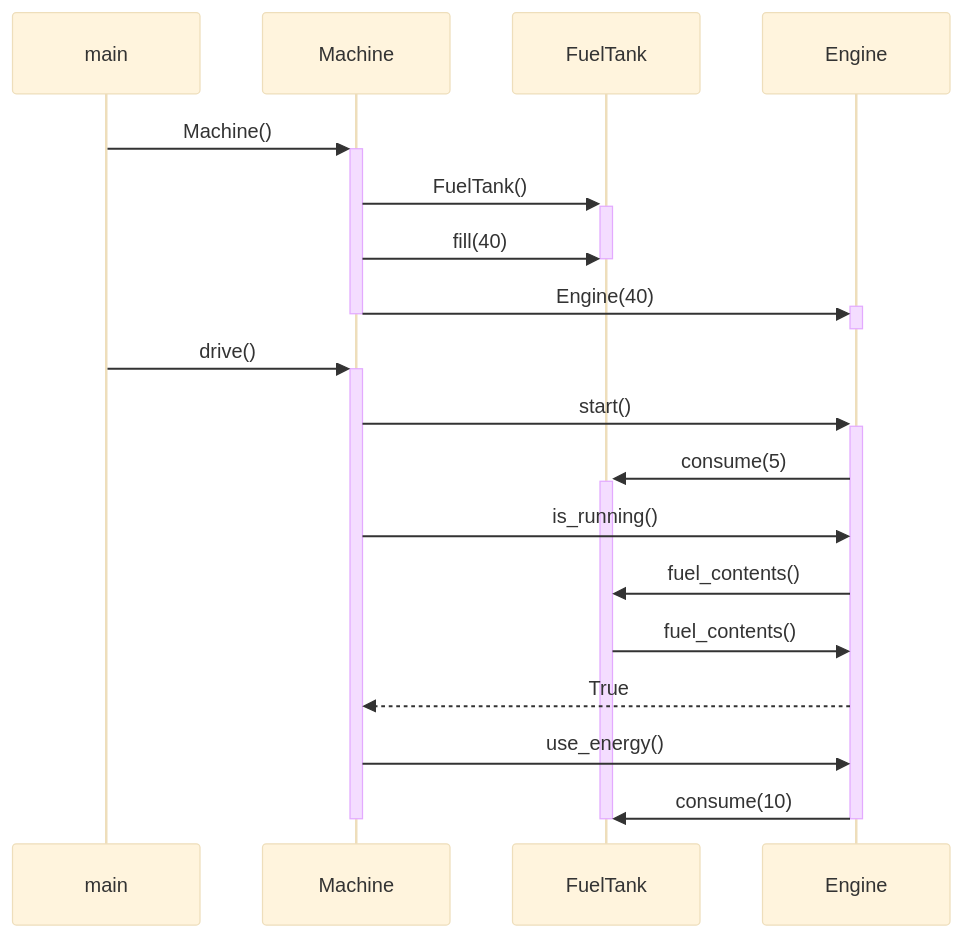
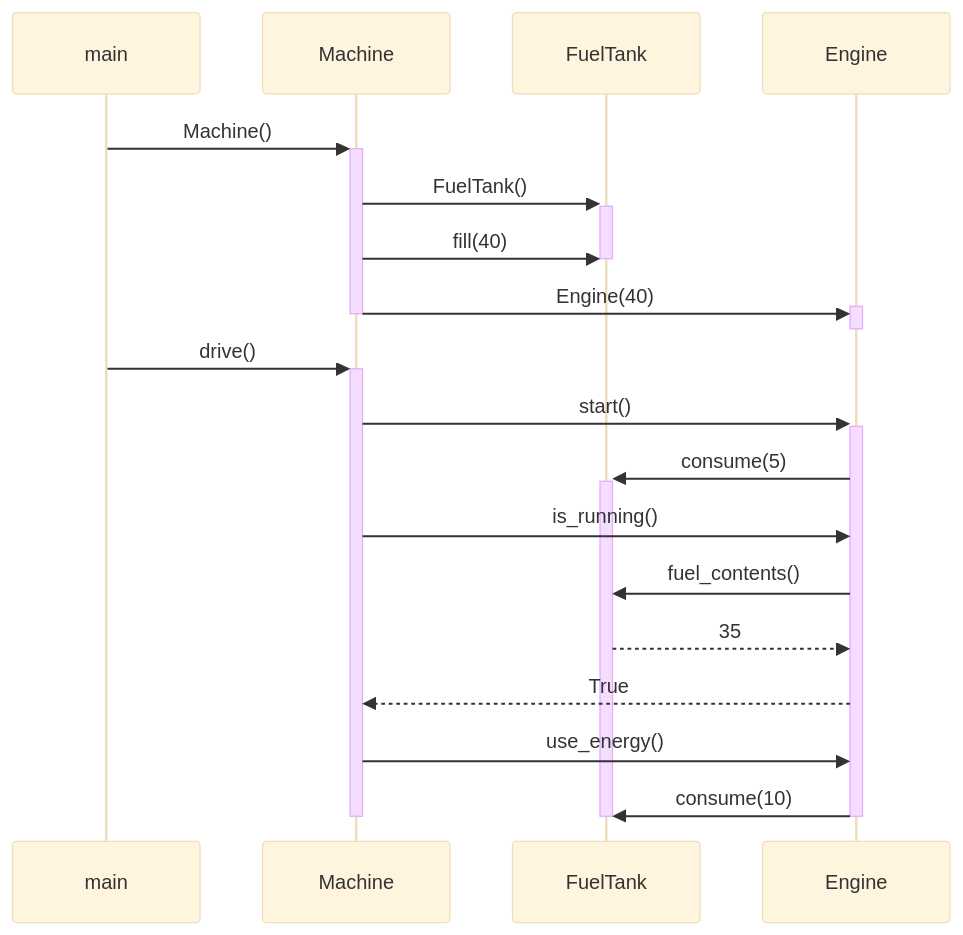
One commit to lenbie/Expense-Tracker-Project changed the diagram in laskarit/viikko3/task3.md. Above: the diagram before and after it, drawn with Mermaid (base theme).

`````diff
--- a/laskarit/viikko3/task3.md
+++ b/laskarit/viikko3/task3.md
@@ -1,24 +1,24 @@
 ```mermaid
 
   sequenceDiagram
     main->>+Machine: Machine()
     Machine->>+FuelTank: FuelTank()
     Machine->>FuelTank: fill(40)
     deactivate FuelTank
     Machine->>+Engine: Engine(40)
     deactivate Engine
     deactivate Machine
     main->>+Machine: drive()
     Machine->>+Engine: start()
     Engine->>+FuelTank: consume(5)
     Machine->>Engine: is_running()
     Engine->>FuelTank: fuel_contents()
-    FuelTank->>Engine: fuel_contents()
+    FuelTank-->>Engine: 35
     Engine-->>Machine: True
     Machine->>Engine: use_energy()
     Engine->>FuelTank: consume(10)
     deactivate Machine
     deactivate Engine
     deactivate FuelTank
  
 ````
`````
